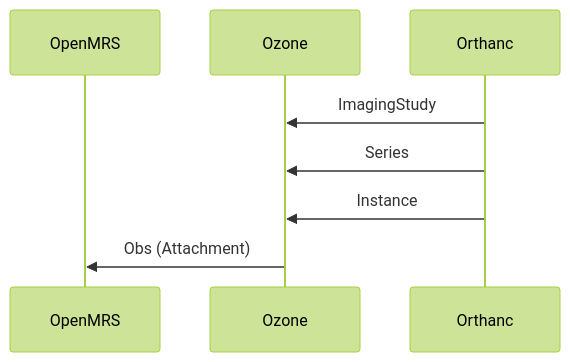
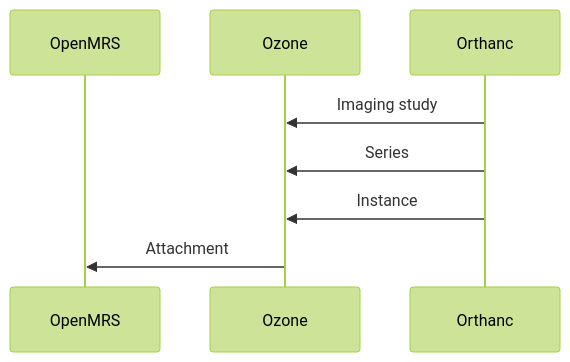
One commit to ozone-his/ozone-docs changed the first of 4 diagrams in docs/users/openmrs-orthanc.md. Above: the diagram before and after it, drawn with Mermaid (forest theme). The commit also changed other lines of this file, not shown here.

Commit message:
Expanded OpenMRS-Orthanc Flows.

````diff
--- a/docs/users/openmrs-orthanc.md
+++ b/docs/users/openmrs-orthanc.md
@@ -5,10 +5,10 @@
 ``` mermaid
     sequenceDiagram
         participant OpenMRS
         participant Ozone
         participant Orthanc
-        Orthanc->>Ozone: ImagingStudy
+        Orthanc->>Ozone: Imaging study
         Orthanc->>Ozone: Series
         Orthanc->>Ozone: Instance
-        Ozone->>OpenMRS: Obs (Attachment)
+        Ozone->>OpenMRS: Attachment
 ```
````
